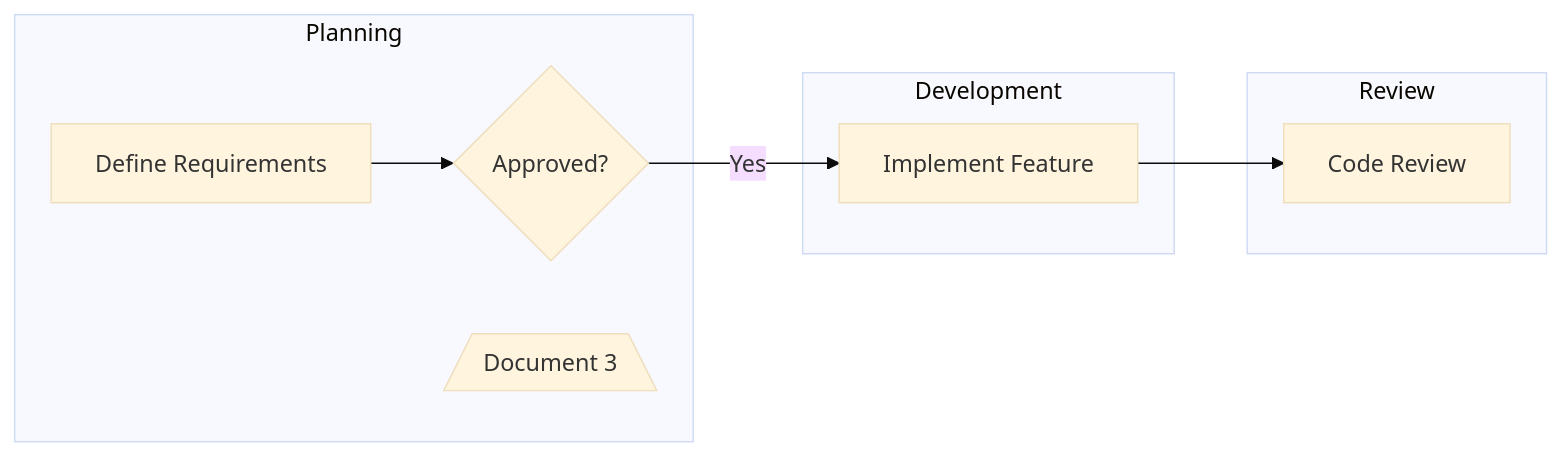
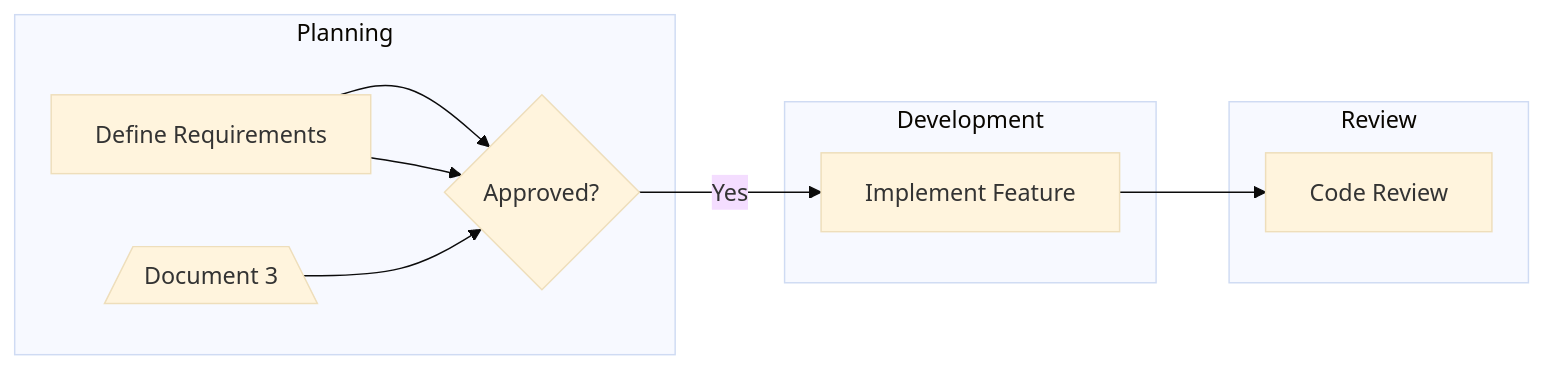
The diagram in mmd/123_b288880a-82c6-4177-9391-227a1f2c715c.mmd (pingpm/mermaid_vault), drawn with Mermaid (base theme) before and after one commit. The commit also changed 2 other files, not shown here.

Commit message:
Sync Mermaid Studio data (11 diagrams)

```diff
--- a/mmd/123_b288880a-82c6-4177-9391-227a1f2c715c.mmd
+++ b/mmd/123_b288880a-82c6-4177-9391-227a1f2c715c.mmd
@@ -1,15 +1,17 @@
 graph LR
   subgraph lane_lane_2["Development"]
     t_task_3["Implement Feature"]
   end
   subgraph lane_lane_1["Planning"]
     t_task_1["Define Requirements"]
     t_task_2{"Approved?"}
     t_69f290e6_49fe_4997_a1c0_d3876c8f9e58[/"Document 3"\]
   end
   subgraph lane_lane_3["Review"]
     t_task_4["Code Review"]
   end
   t_task_1 --> t_task_2
   t_task_2 -->|"Yes"| t_task_3
   t_task_3 --> t_task_4
+  t_69f290e6_49fe_4997_a1c0_d3876c8f9e58 --> t_task_2
+  t_task_1 --> t_task_2
```
